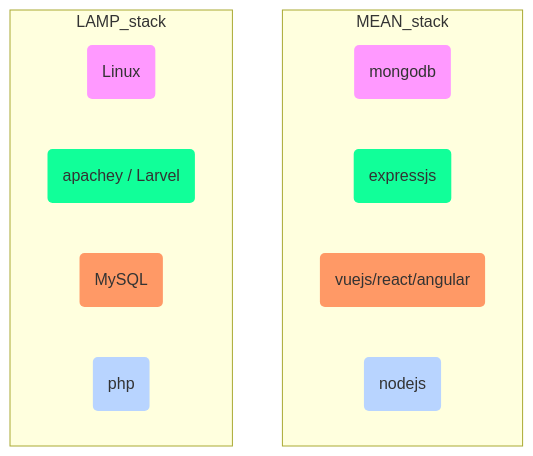
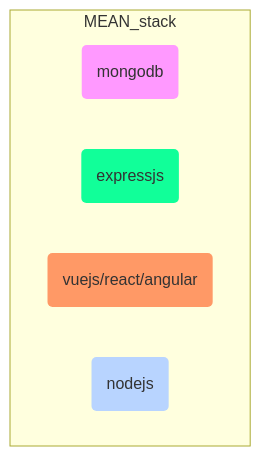
Before and after one commit to avimehenwal/mydocs: the second of 3 diagrams in content/programming/programminglang.md, drawn with Mermaid. The commit also changed other lines of this file and 17 other files, not shown here.

````diff
--- a/content/programming/programminglang.md
+++ b/content/programming/programminglang.md
@@ -44,21 +44,15 @@
 ```mermaid
 graph TB
 subgraph MEAN_stack
   C(mongodb):::purple
   A(expressjs):::green
   B(vuejs/react/angular):::orange
   D(nodejs):::blue
 end
-
-subgraph LAMP_stack
-  E(Linux):::purple
-  F(apachey / Larvel):::green
-  G(MySQL):::orange
-  H(php):::blue
-end
 classDef green fill:#1f9,stroke-width:0px;
 classDef orange fill:#f96,stroke-width:0px;
 classDef yellow fill:#FFE873,stroke-width:0px;
 classDef blue fill:#b8d4ff,stroke-width:0px;
 classDef purple fill:#f9f,stroke:#333,stroke-width:0px;
+
 ```
````
